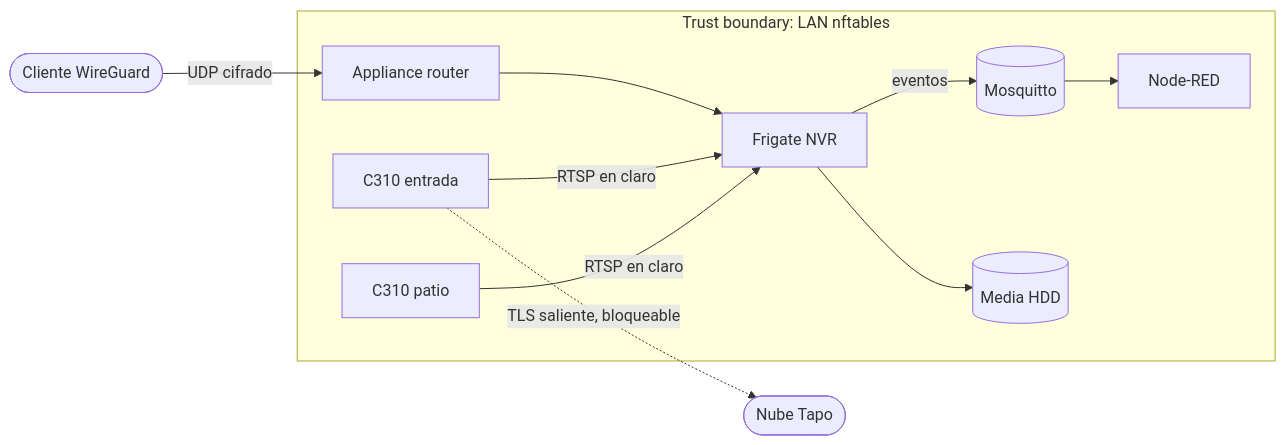
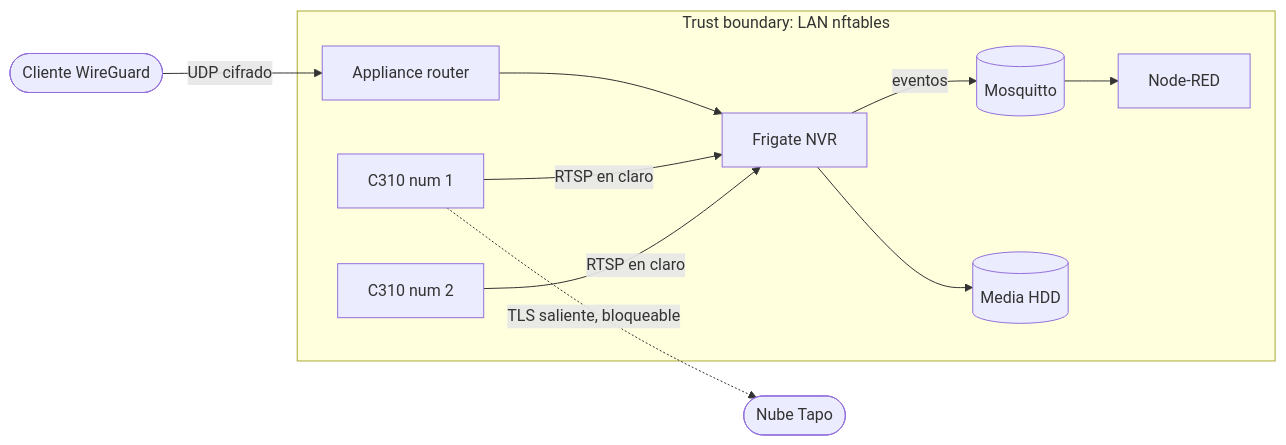
Before and after one commit to higerotech/fenrir: the fourth of 5 diagrams in docs/01-requirements/mvp-nvr.md, drawn with Mermaid. The commit also changed other lines of this file and 7 other files, not shown here.

````diff
--- a/docs/01-requirements/mvp-nvr.md
+++ b/docs/01-requirements/mvp-nvr.md
@@ -166,13 +166,13 @@
 ```mermaid
 flowchart LR
     WG([Cliente WireGuard]) -->|"UDP cifrado"| FW
     subgraph LAN [Trust boundary: LAN nftables]
       FW[Appliance router] --> NVR[Frigate NVR]
-      CAM1[C310 entrada] -->|"RTSP en claro"| NVR
-      CAM2[C310 patio] -->|"RTSP en claro"| NVR
+      CAM1[C310 num 1] -->|"RTSP en claro"| NVR
+      CAM2[C310 num 2] -->|"RTSP en claro"| NVR
       NVR -->|"eventos"| MQTT[(Mosquitto)]
       MQTT --> NR[Node-RED]
       NVR --> HDD[(Media HDD)]
     end
     CAM1 -.->|"TLS saliente, bloqueable"| CLOUD([Nube Tapo])
 ```
````
